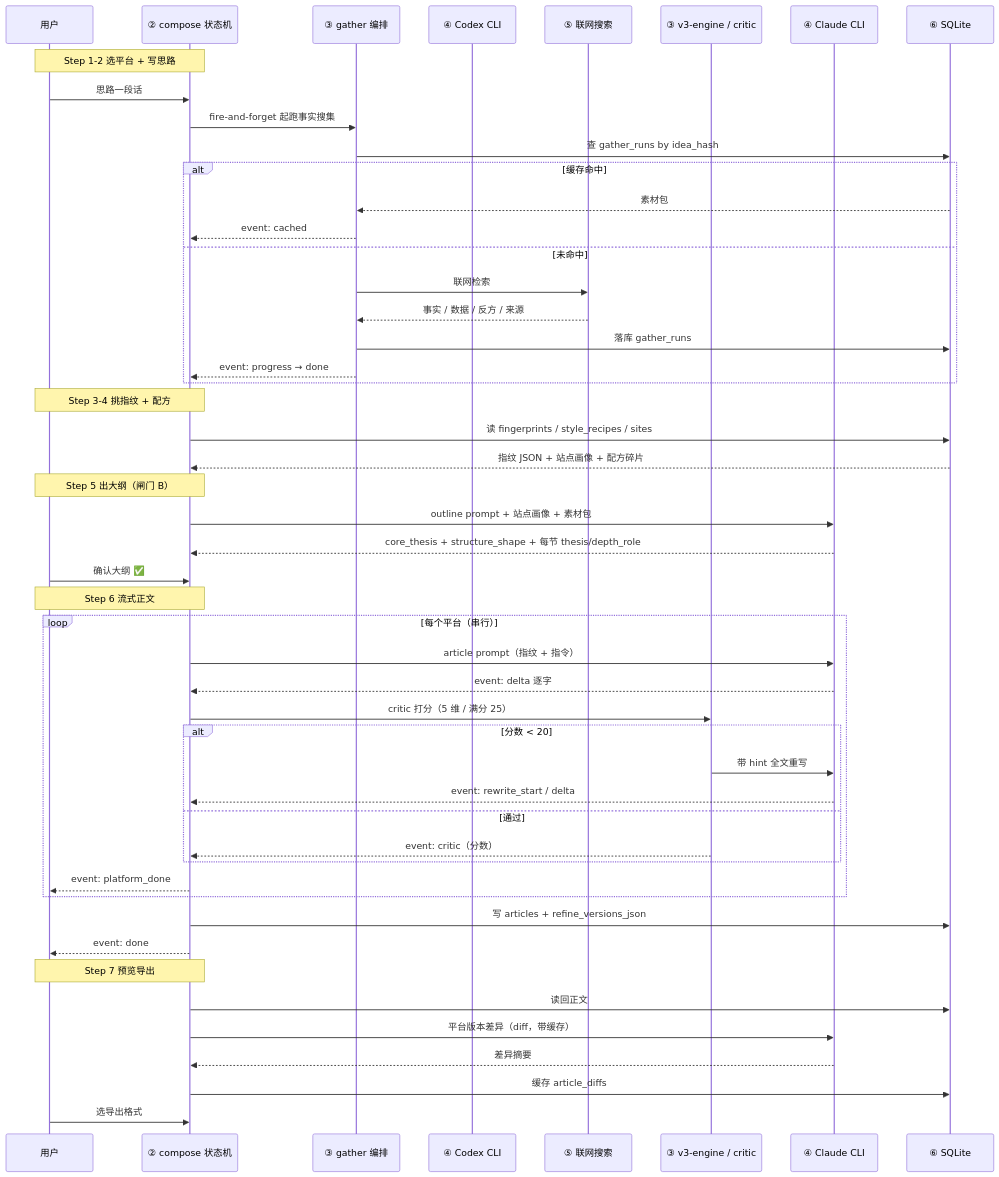
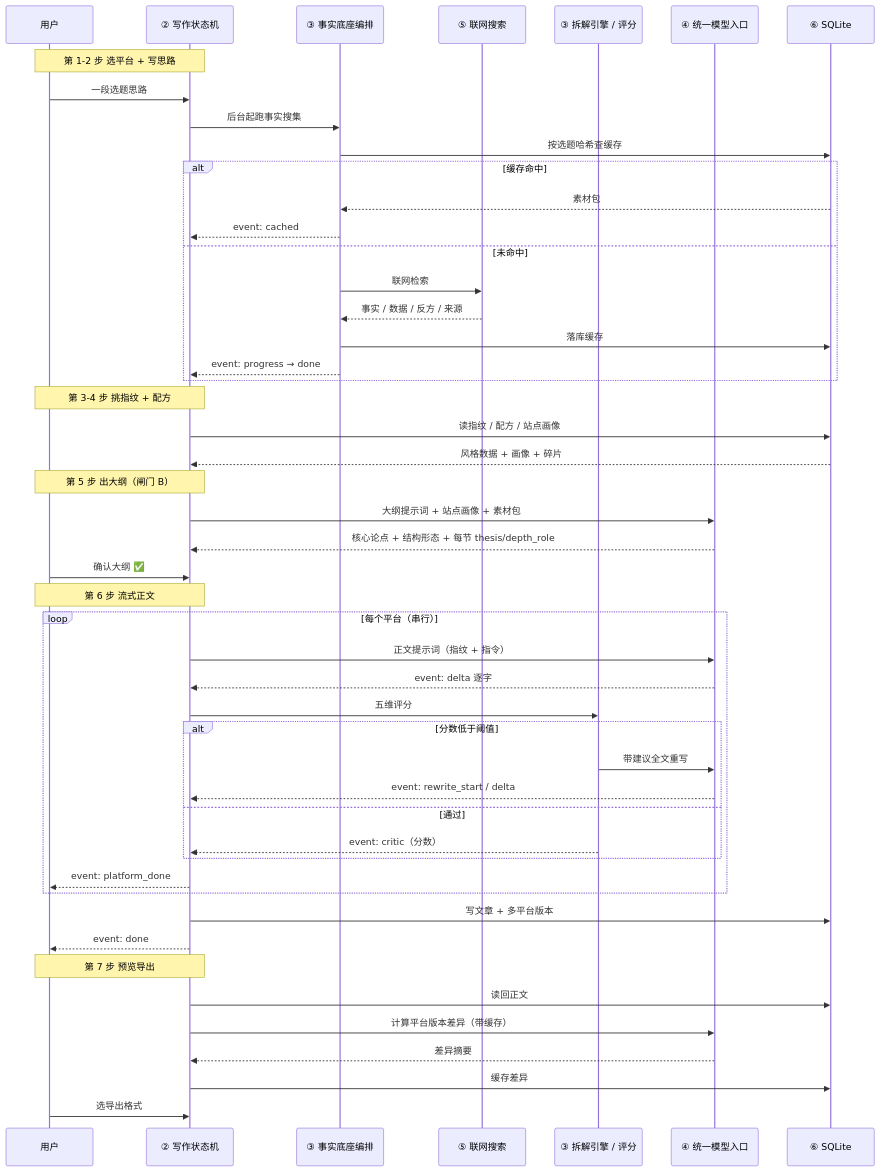
Before and after one commit to moronfranklyn-lab/bytrace: the second of 2 diagrams in docs/ARCHITECTURE.md, drawn with Mermaid. The commit also changed other lines of this file and 81 other files, not shown here.

````diff
--- a/docs/ARCHITECTURE.md
+++ b/docs/ARCHITECTURE.md
@@ -145,57 +143,56 @@
 ```mermaid
 sequenceDiagram
     participant U as 用户
-    participant P as ② compose 状态机
-    participant G as ③ gather 编排
-    participant X as ④ Codex CLI
+    participant P as ② 写作状态机
+    participant G as ③ 事实底座编排
     participant S as ⑤ 联网搜索
-    participant C as ③ v3-engine / critic
-    participant M as ④ Claude CLI
+    participant C as ③ 拆解引擎 / 评分
+    participant M as ④ 统一模型入口
     participant DB as ⑥ SQLite
 
-    Note over U,P: Step 1-2 选平台 + 写思路
-    U->>P: 思路一段话
-    P->>G: fire-and-forget 起跑事实搜集
-    G->>DB: 查 gather_runs by idea_hash
+    Note over U,P: 第 1-2 步 选平台 + 写思路
+    U->>P: 一段选题思路
+    P->>G: 后台起跑事实搜集
+    G->>DB: 按选题哈希查缓存
     alt 缓存命中
         DB-->>G: 素材包
         G-->>P: event: cached
     else 未命中
         G->>S: 联网检索
         S-->>G: 事实 / 数据 / 反方 / 来源
-        G->>DB: 落库 gather_runs
+        G->>DB: 落库缓存
         G-->>P: event: progress → done
     end
 
-    Note over U,P: Step 3-4 挑指纹 + 配方
-    P->>DB: 读 fingerprints / style_recipes / sites
-    DB-->>P: 指纹 JSON + 站点画像 + 配方碎片
+    Note over U,P: 第 3-4 步 挑指纹 + 配方
+    P->>DB: 读指纹 / 配方 / 站点画像
+    DB-->>P: 风格数据 + 画像 + 碎片
 
-    Note over U,P: Step 5 出大纲（闸门 B）
-    P->>M: outline prompt + 站点画像 + 素材包
-    M-->>P: core_thesis + structure_shape + 每节 thesis/depth_role
+    Note over U,P: 第 5 步 出大纲（闸门 B）
+    P->>M: 大纲提示词 + 站点画像 + 素材包
+    M-->>P: 核心论点 + 结构形态 + 每节 thesis/depth_role
     U->>P: 确认大纲 ✅
 
-    Note over U,P: Step 6 流式正文
+    Note over U,P: 第 6 步 流式正文
     loop 每个平台（串行）
-        P->>M: article prompt（指纹 + 指令）
+        P->>M: 正文提示词（指纹 + 指令）
         M-->>P: event: delta 逐字
-        P->>C: critic 打分（5 维 / 满分 25）
-        alt 分数 < 20
-            C->>M: 带 hint 全文重写
+        P->>C: 五维评分
+        alt 分数低于阈值
+            C->>M: 带建议全文重写
             M-->>P: event: rewrite_start / delta
         else 通过
             C-->>P: event: critic（分数）
         end
         P-->>U: event: platform_done
     end
-    P->>DB: 写 articles + refine_versions_json
+    P->>DB: 写文章 + 多平台版本
     P-->>U: event: done
 
-    Note over U,P: Step 7 预览导出
+    Note over U,P: 第 7 步 预览导出
     P->>DB: 读回正文
-    P->>M: 平台版本差异（diff，带缓存）
+    P->>M: 计算平台版本差异（带缓存）
     M-->>P: 差异摘要
-    P->>DB: 缓存 article_diffs
+    P->>DB: 缓存差异
     U->>P: 选导出格式
 ```
````
